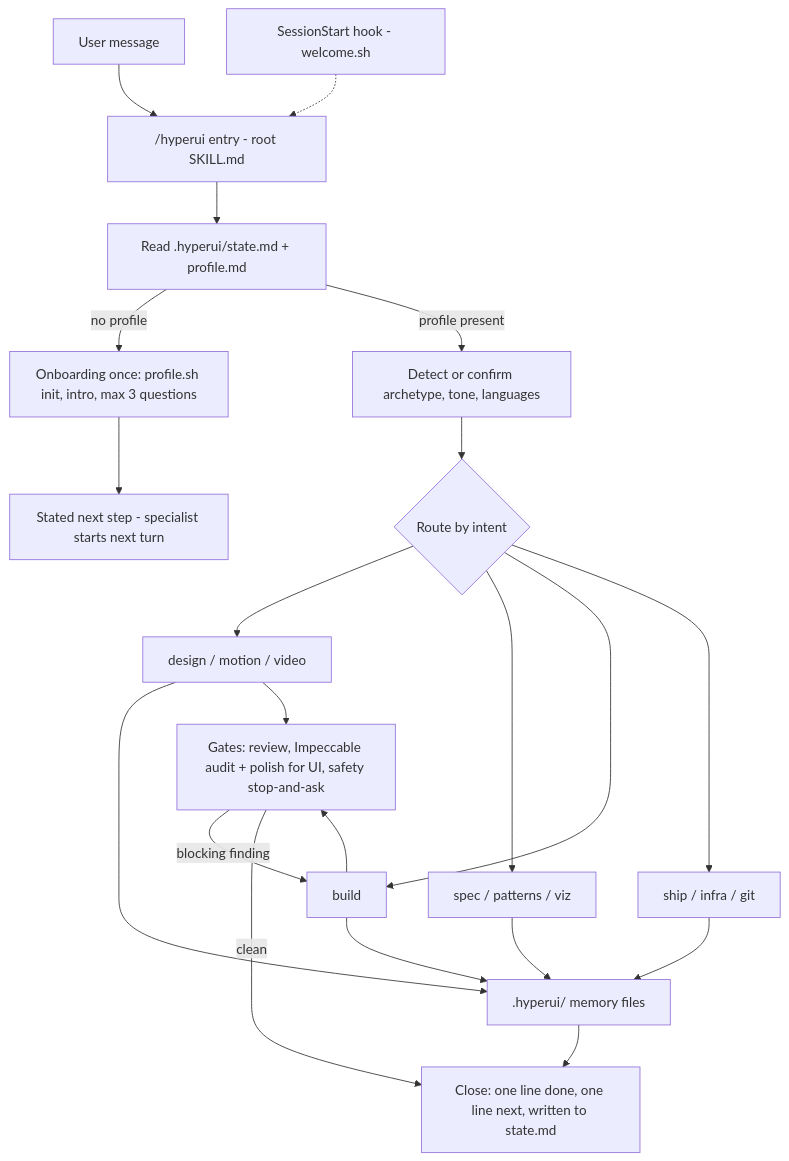
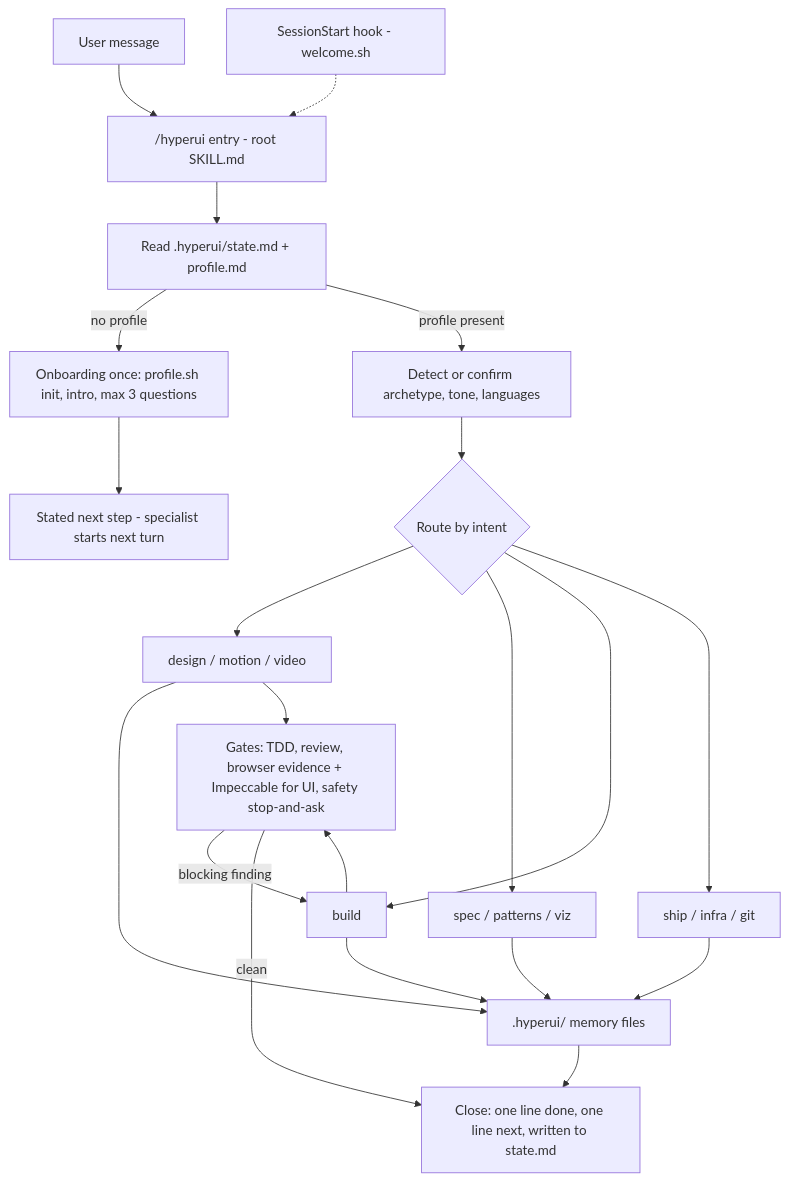
Before and after one commit to tizon9804/hyperui: the diagram in docs/architecture.md, drawn with Mermaid. The commit also changed other lines of this file and 45 other files, not shown here.

````diff
--- a/docs/architecture.md
+++ b/docs/architecture.md
@@ -65,23 +65,23 @@
 ```mermaid
 flowchart TD
   U["User message"] --> E["/hyperui entry - root SKILL.md"]
   H["SessionStart hook - welcome.sh"] -.-> E
   E --> M["Read .hyperui/state.md + profile.md"]
   M -- "no profile" --> O["Onboarding once: profile.sh init, intro, max 3 questions"]
   O --> N["Stated next step - specialist starts next turn"]
   M -- "profile present" --> A["Detect or confirm archetype, tone, languages"]
   A --> R{"Route by intent"}
   R --> S1["design / motion / video"]
   R --> S2["spec / patterns / viz"]
   R --> S3["build"]
   R --> S4["ship / infra / git"]
   S1 --> MEM[".hyperui/ memory files"]
   S2 --> MEM
   S3 --> MEM
   S4 --> MEM
-  S3 --> G["Gates: review, Impeccable audit + polish for UI, safety stop-and-ask"]
+  S3 --> G["Gates: TDD, review, browser evidence + Impeccable for UI, safety stop-and-ask"]
   S1 --> G
   G -- "blocking finding" --> S3
   G -- "clean" --> D["Close: one line done, one line next, written to state.md"]
   MEM --> D
 ```
````
